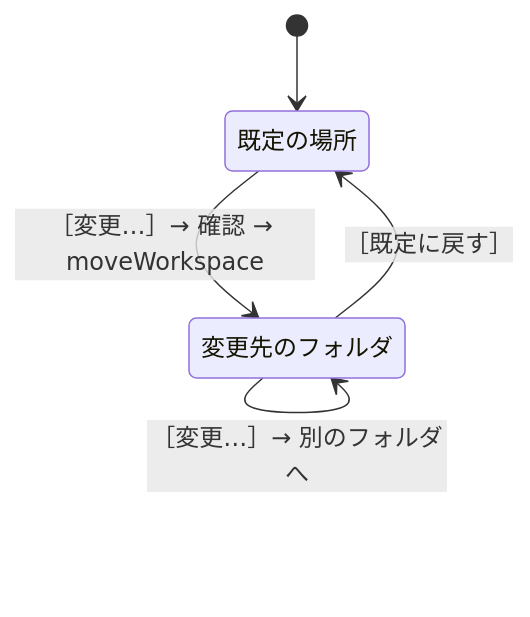
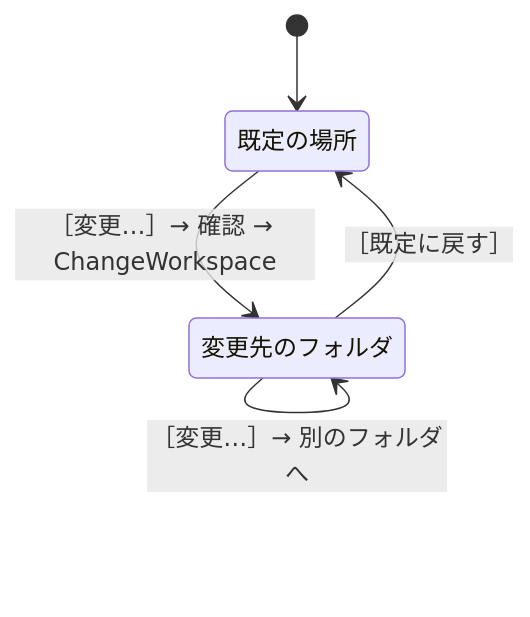
Before and after one commit to hsgwa/tebunko: the diagram in docs/design/gui/settings-tab.md, drawn with Mermaid. The commit also changed other lines of this file and 36 other files, not shown here.

````diff
--- a/docs/design/gui/settings-tab.md
+++ b/docs/design/gui/settings-tab.md
@@ -11,10 +11,10 @@
 ```mermaid
 stateDiagram-v2
     state "既定の場所" as DefaultLoc
     state "変更先のフォルダ" as Custom
 
     [*] --> DefaultLoc
-    DefaultLoc --> Custom : ［変更…］→ 確認 → moveWorkspace
+    DefaultLoc --> Custom : ［変更…］→ 確認 → ChangeWorkspace
     Custom --> Custom : ［変更…］→ 別のフォルダへ
     Custom --> DefaultLoc : ［既定に戻す］
 ```
````
